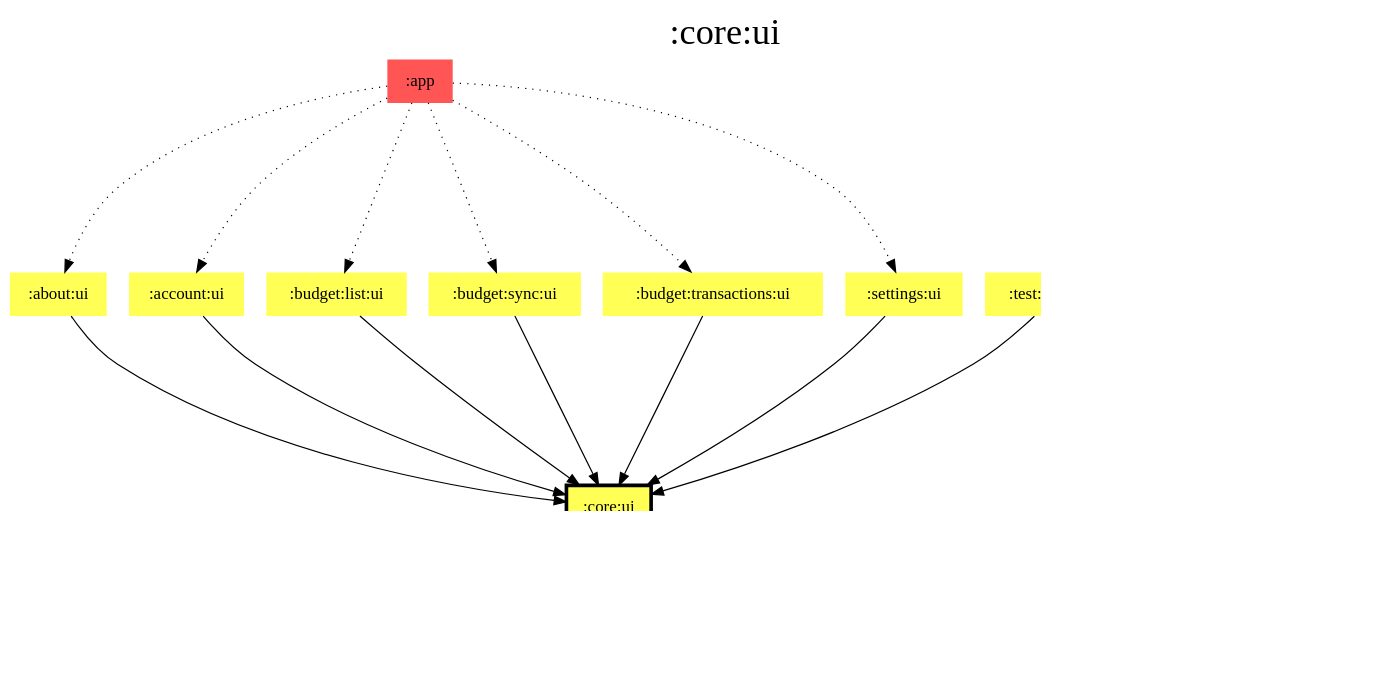
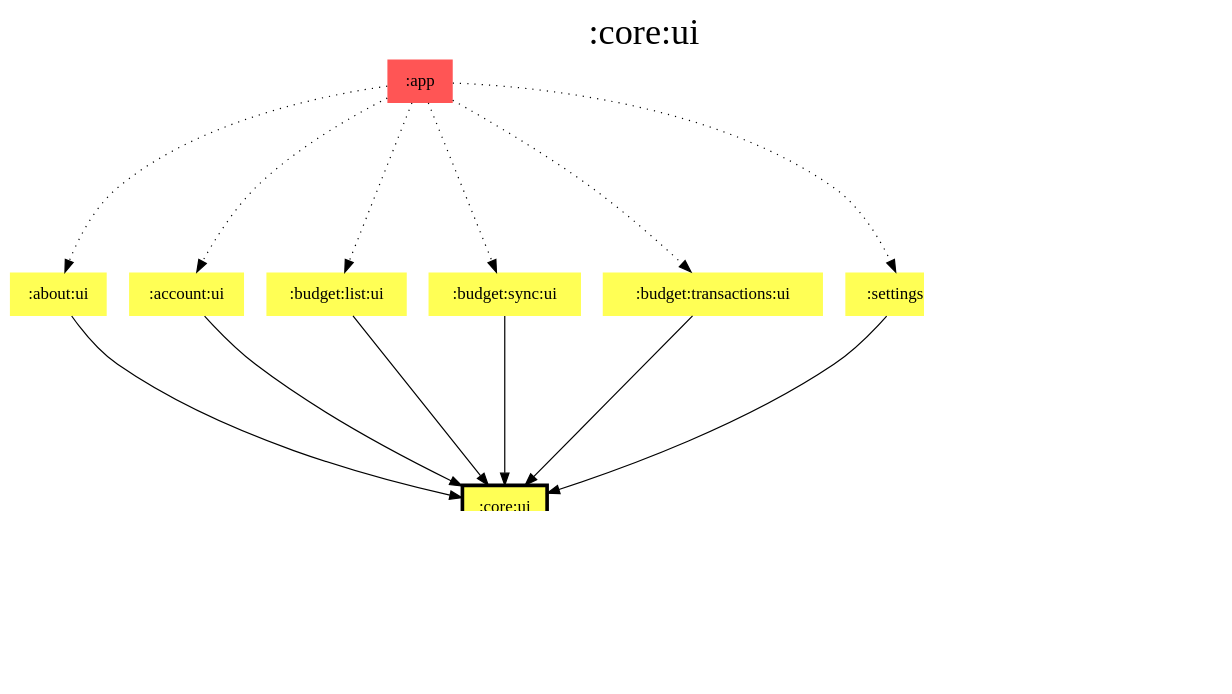
The diagram in modules/core/ui/modules.dot (jonapoul/aktual), drawn with Graphviz before and after one commit. The commit also changed 26 other files, not shown here.

Commit message:
Remove test modules from graphs

```diff
--- a/modules/core/ui/modules.dot
+++ b/modules/core/ui/modules.dot
@@ -1,48 +1,46 @@
 digraph {
 edge ["dir"="forward"]
 graph ["dpi"="100","label"=":core:ui","labelloc"="t","fontsize"="30","ranksep"="1.5","rankdir"="TB"]
 node ["style"="filled"]
 ":about:ui" ["fillcolor"="#FFFF55","shape"="none"]
 ":account:ui" ["fillcolor"="#FFFF55","shape"="none"]
 ":app" ["fillcolor"="#FF5555","shape"="none"]
 ":budget:list:ui" ["fillcolor"="#FFFF55","shape"="none"]
 ":budget:sync:ui" ["fillcolor"="#FFFF55","shape"="none"]
 ":budget:transactions:ui" ["fillcolor"="#FFFF55","shape"="none"]
 ":core:model" ["fillcolor"="#9D8DF1","shape"="none"]
 ":core:res" ["fillcolor"="#00FFFF","shape"="none"]
 ":core:ui" ["fillcolor"="#FFFF55","color"="black","penwidth"="3","shape"="box"]
 ":settings:ui" ["fillcolor"="#FFFF55","shape"="none"]
-":test:compose" ["fillcolor"="#FFFF55","shape"="none"]
 {
 edge ["dir"="none"]
 graph ["rank"="same"]
 ":core:ui"
 }
 ":about:ui" -> ":core:ui"
 ":account:ui" -> ":core:ui"
 ":app" -> ":about:ui" ["style"="dotted"]
 ":app" -> ":account:ui" ["style"="dotted"]
 ":app" -> ":budget:list:ui" ["style"="dotted"]
 ":app" -> ":budget:sync:ui" ["style"="dotted"]
 ":app" -> ":budget:transactions:ui" ["style"="dotted"]
 ":app" -> ":settings:ui" ["style"="dotted"]
 ":budget:list:ui" -> ":core:ui"
 ":budget:sync:ui" -> ":core:ui"
 ":budget:transactions:ui" -> ":core:ui"
 ":core:ui" -> ":core:model"
 ":core:ui" -> ":core:res" ["style"="dotted"]
 ":settings:ui" -> ":core:ui"
-":test:compose" -> ":core:ui"
 subgraph "cluster_legend" {
 edge ["dir"="none"]
 graph ["label"="Legend","fontsize"="20"]
 "Legend" ["style"="filled","fillcolor"="#FFFFFF","shape"="none","margin"="0","fontsize"="15","label"=<
 <TABLE BORDER="0" CELLBORDER="0" CELLSPACING="0" CELLPADDING="4">
 <TR><TD>App</TD><TD BGCOLOR="#FF5555">module-name</TD></TR>
 <TR><TD>Compose</TD><TD BGCOLOR="#FFFF55">module-name</TD></TR>
 <TR><TD>Resources</TD><TD BGCOLOR="#00FFFF">module-name</TD></TR>
 <TR><TD>Multiplatform</TD><TD BGCOLOR="#9D8DF1">module-name</TD></TR>
 </TABLE>
 >]
 } -> ":core:ui" ["style"="invis"]
 }
```
